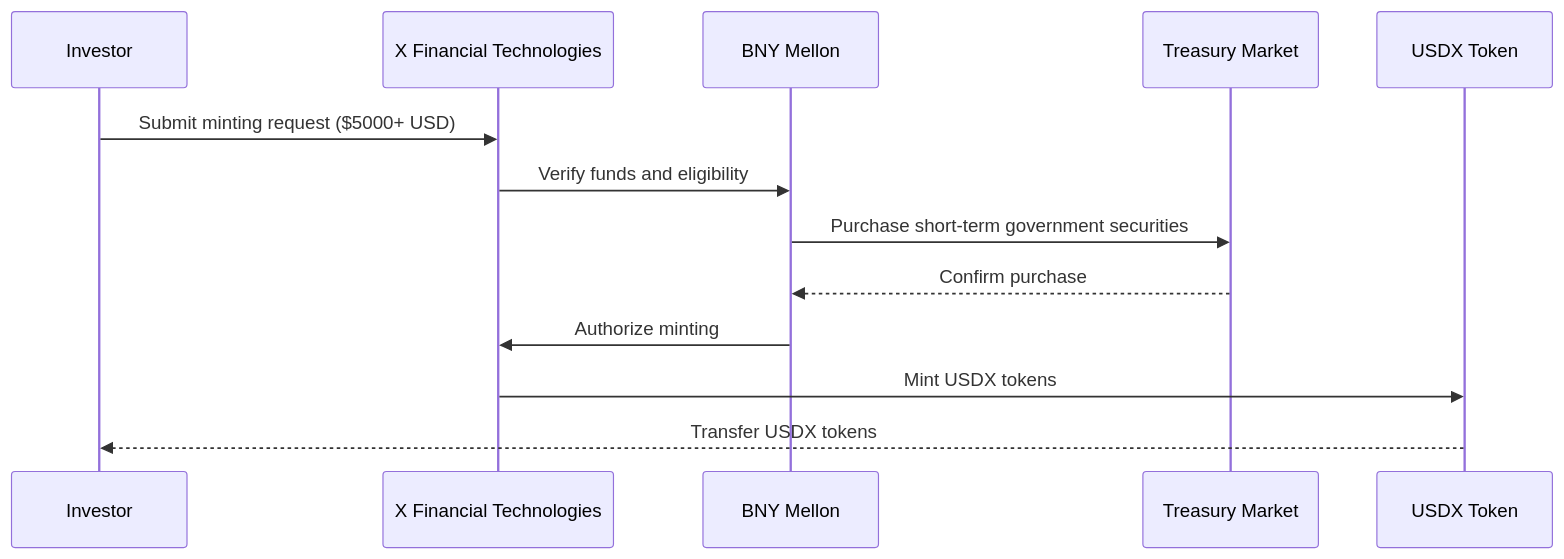
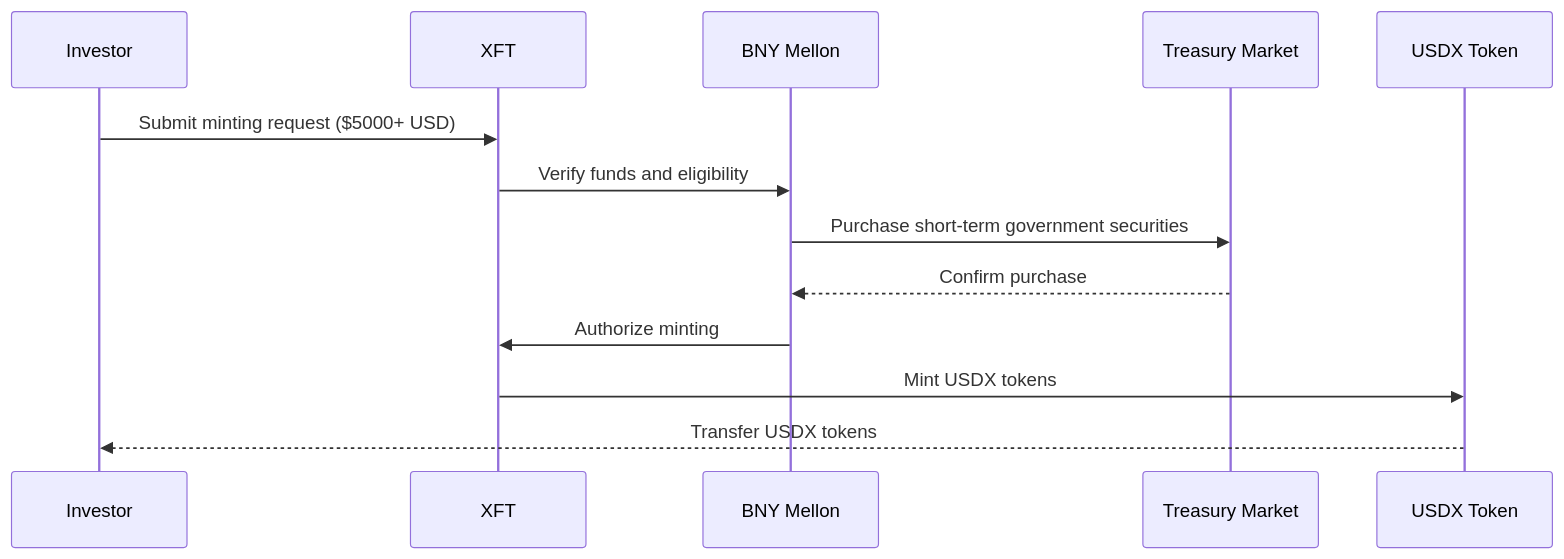
Before and after one commit to X-Financial-Technologies/monorepo: the diagram in usdx/docs/sequences/v2/minting.mermaid, drawn with Mermaid.

```diff
--- a/usdx/docs/sequences/v2/minting.mermaid
+++ b/usdx/docs/sequences/v2/minting.mermaid
@@ -1,14 +1,14 @@
 sequenceDiagram
     participant Investor
-    participant TransferAgent as X Financial Technologies
+    participant TransferAgent as XFT
     participant FundAdmin as BNY Mellon
     participant TreasuryMarket as Treasury Market
     participant USDXToken as USDX Token
 
     Investor->>TransferAgent: Submit minting request ($5000+ USD)
     TransferAgent->>FundAdmin: Verify funds and eligibility
     FundAdmin->>TreasuryMarket: Purchase short-term government securities
     TreasuryMarket-->>FundAdmin: Confirm purchase
     FundAdmin->>TransferAgent: Authorize minting
     TransferAgent->>USDXToken: Mint USDX tokens
     USDXToken-->>Investor: Transfer USDX tokens
```
